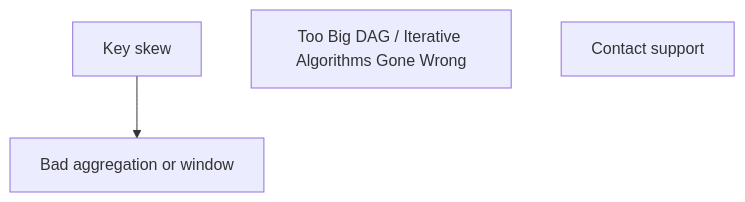
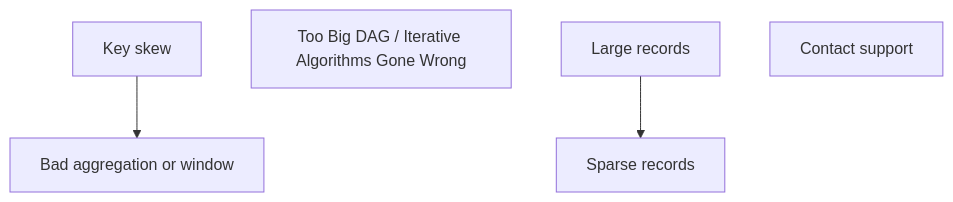
The diagram in docs/flowchart/shared.md (holdenk/spark-flowchart), drawn with Mermaid before and after one commit. The commit also changed 9 other files, not shown here.

Commit message:
Re-organize the slow flowchart a bit to match todays discussion.

````diff
--- a/docs/flowchart/shared.md
+++ b/docs/flowchart/shared.md
@@ -1,13 +1,17 @@
 ```mermaid
 graph TD
 KEYSKEW[Key skew]
 BADAGGREGATE[Bad aggregation or window]
 TOOBIGDAG[Too Big DAG / Iterative Algorithms Gone Wrong]
+LARGERECORDS[Large records] --> ESPARSE[Sparse records]
+
 
 KEYSKEW --> BADAGGREGATE
 click KEYSKEW "../../details/key-skew" "Key skew"
 click BADAGREGATE "../../details/bad-aggregate" "Bad aggregation"
 click TOOBIGDAG "../../details/toobigdag" "Too big DAG (or when your iterative algorithms go wrong)"
+click ESPARSE "../../details/sparse-records" "Sparse records"
+
 
 OHNOES[Contact support]
 ```
````
